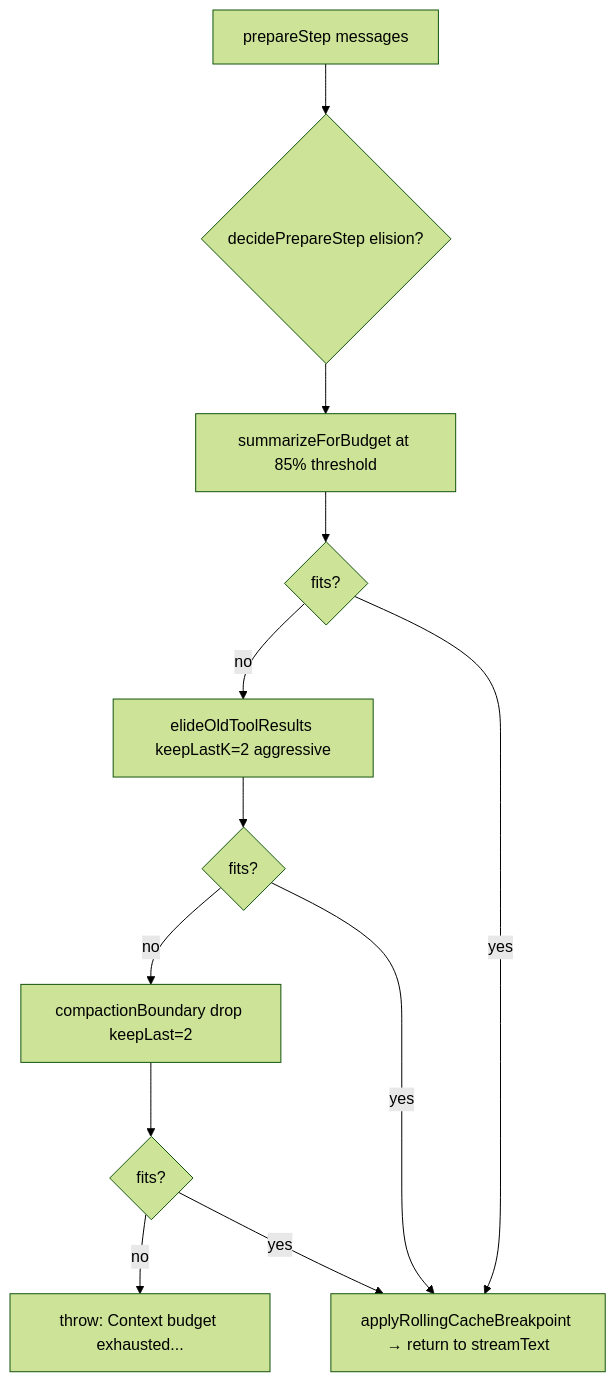
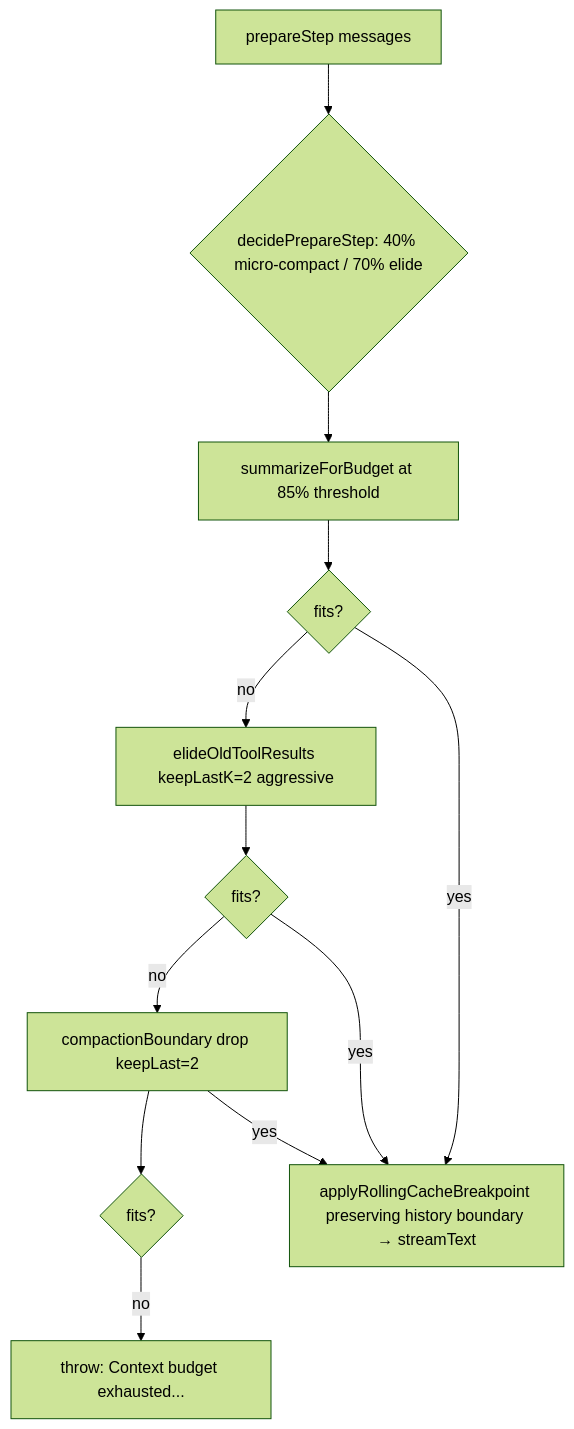
Before and after one commit to anurag3407/sayabot: the diagram in docs/reference/orchestrator/engine/engine-budget-and-compaction.md, drawn with Mermaid (forest theme). The commit also changed other lines of this file and 11 other files, not shown here.

````diff
--- a/docs/reference/orchestrator/engine/engine-budget-and-compaction.md
+++ b/docs/reference/orchestrator/engine/engine-budget-and-compaction.md
@@ -198,14 +252,14 @@
 ```mermaid
 flowchart TD
-    A[prepareStep messages] --> B{decidePrepareStep elision?}
+    A[prepareStep messages] --> B{decidePrepareStep: 40% micro-compact / 70% elide}
     B --> C[summarizeForBudget at 85% threshold]
     C --> D{fits?}
     D -- no --> E[elideOldToolResults keepLastK=2 aggressive]
     E --> F{fits?}
     F -- no --> G[compactionBoundary drop keepLast=2]
     G --> H{fits?}
     H -- no --> I[throw: Context budget exhausted...]
-    D -- yes --> J[applyRollingCacheBreakpoint → return to streamText]
+    D -- yes --> J[applyRollingCacheBreakpoint preserving history boundary → streamText]
     F -- yes --> J
-    H -- yes --> J
+    G -- yes --> J
 ```
````
